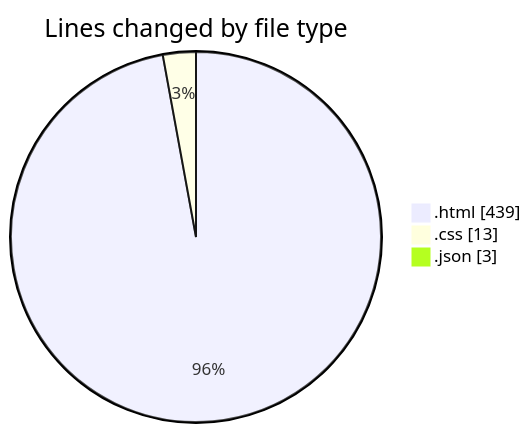
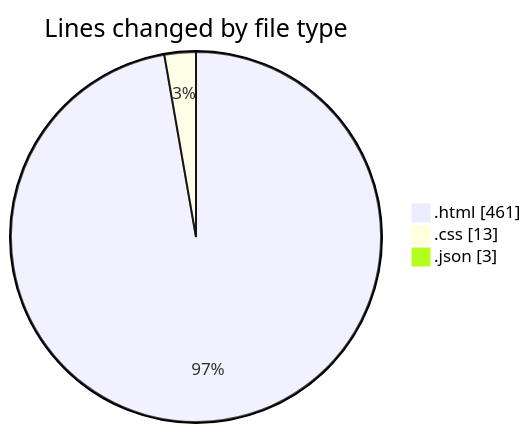
The first of 2 diagrams in 2025-12-11/technologie_web/README.md (hasnaa123/code-tracking), drawn with Mermaid before and after one commit. The commit also changed other lines of this file and 1 other file, not shown here.

````diff
--- a/2025-12-11/technologie_web/README.md
+++ b/2025-12-11/technologie_web/README.md
@@ -23,7 +23,7 @@
 ```mermaid
 pie showData
 title Lines changed by file type
-".html" : 439
+".html" : 461
 ".css" : 13
 ".json" : 3
 ```
````
